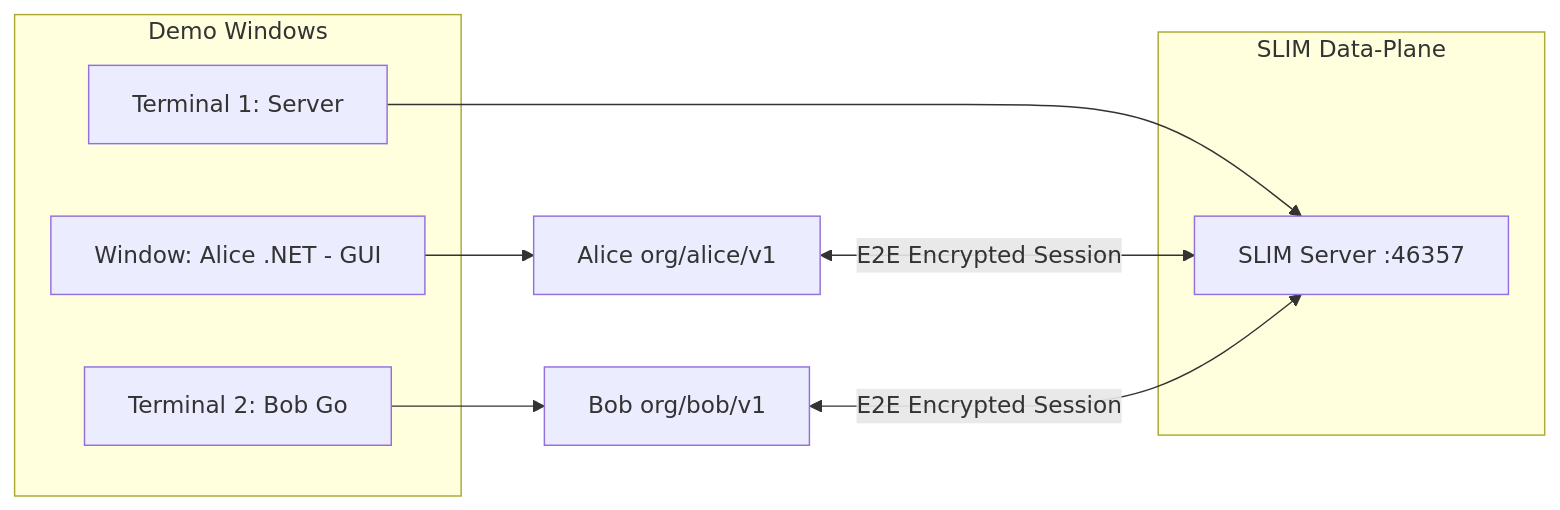
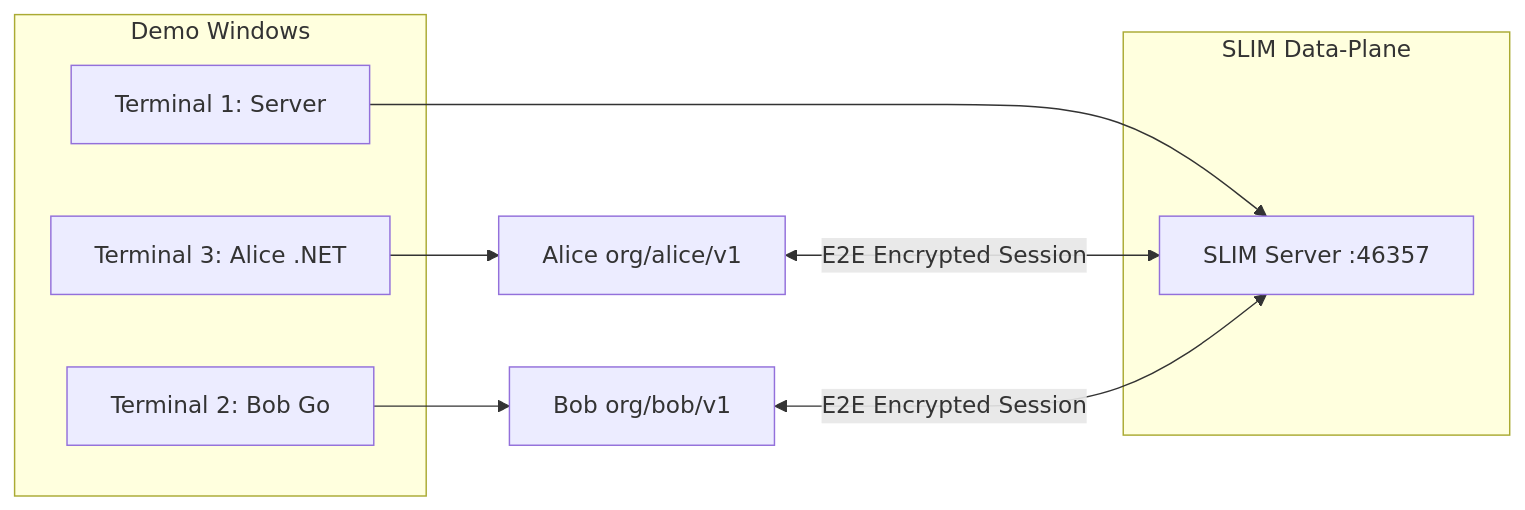
The first of 3 diagrams in README.md (lgecse/slim-dotnet-demo), drawn with Mermaid before and after one commit. The commit also changed other lines of this file and 14 other files, not shown here.

````diff
--- a/README.md
+++ b/README.md
@@ -63,21 +65,21 @@
 ```mermaid
 flowchart LR
     subgraph windows [Demo Windows]
         T1[Terminal 1: Server]
-        T2[Terminal 2: Bob Go ]
-        T3[Window: Alice .NET - GUI]
+        T2[Terminal 2: Bob Go]
+        T3[Terminal 3: Alice .NET]
     end
     
     subgraph slim [SLIM Data-Plane]
         Server[SLIM Server :46357]
     end
     
     Alice[Alice org/alice/v1]
     Bob[Bob org/bob/v1]
     
     T1 --> Server
     T2 --> Bob
     T3 --> Alice
     Alice <-->|E2E Encrypted Session| Server
     Bob <-->|E2E Encrypted Session| Server
 ```
````
